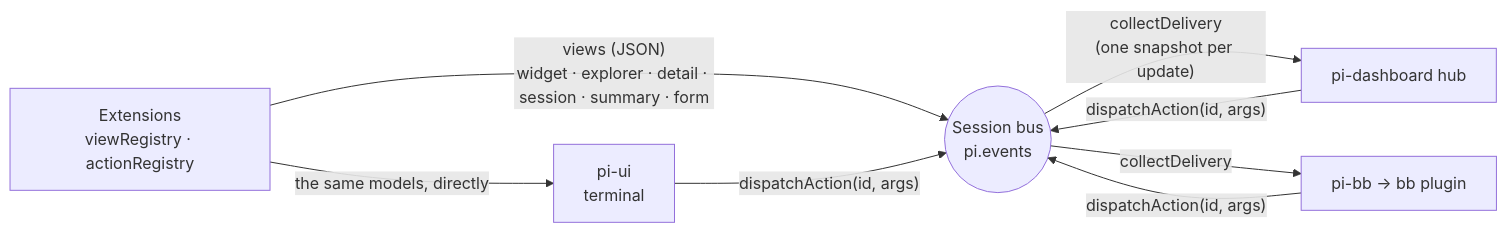
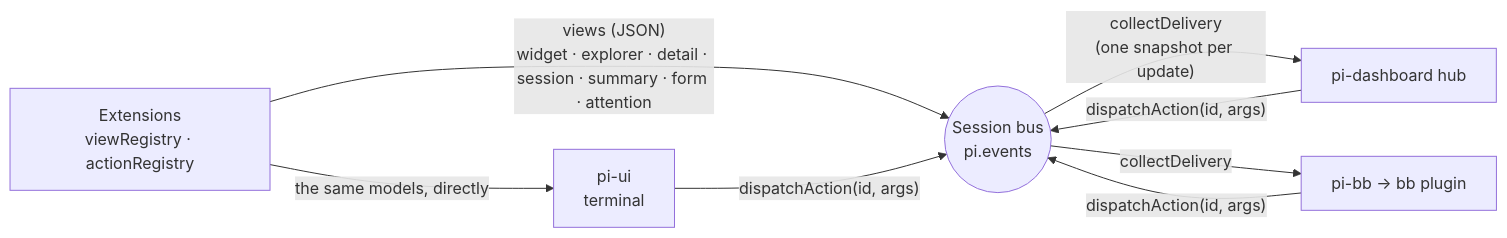
One commit to zacheryph/pi changed the diagram in packages/pi-surface/README.md. Above: the diagram before and after it, drawn with Mermaid. The commit also changed other lines of this file and 8 other files, not shown here.

First line of the commit message:
feat(pi-surface): add the attention view kind for what a session owes the user

````diff
--- a/packages/pi-surface/README.md
+++ b/packages/pi-surface/README.md
@@ -35,8 +35,8 @@
 ```mermaid
 flowchart LR
-  ext["Extensions<br/>viewRegistry · actionRegistry"] -- "views (JSON)<br/>widget · explorer · detail · session · summary · form" --> bus(("Session bus<br/>pi.events"))
+  ext["Extensions<br/>viewRegistry · actionRegistry"] -- "views (JSON)<br/>widget · explorer · detail · session · summary · form · attention" --> bus(("Session bus<br/>pi.events"))
   ext -- "the same models, directly" --> tui["pi-ui<br/>terminal"]
   bus -- "collectDelivery<br/>(one snapshot per update)" --> dash["pi-dashboard hub"]
   bus -- collectDelivery --> bb["pi-bb → bb plugin"]
   tui & dash & bb -- "dispatchAction(id, args)" --> bus
 ```
````
